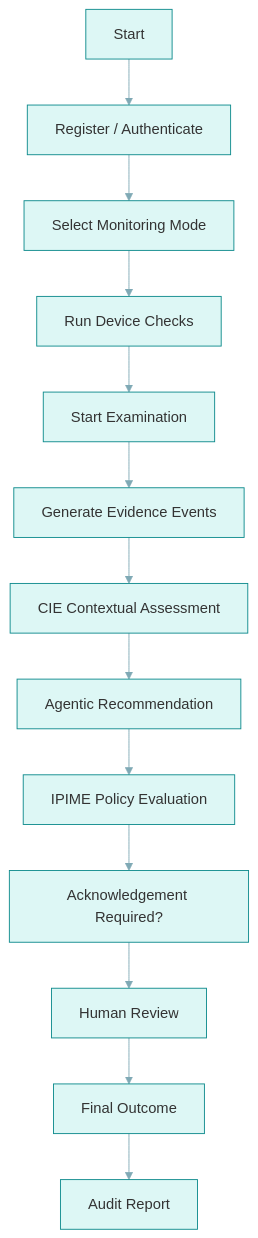
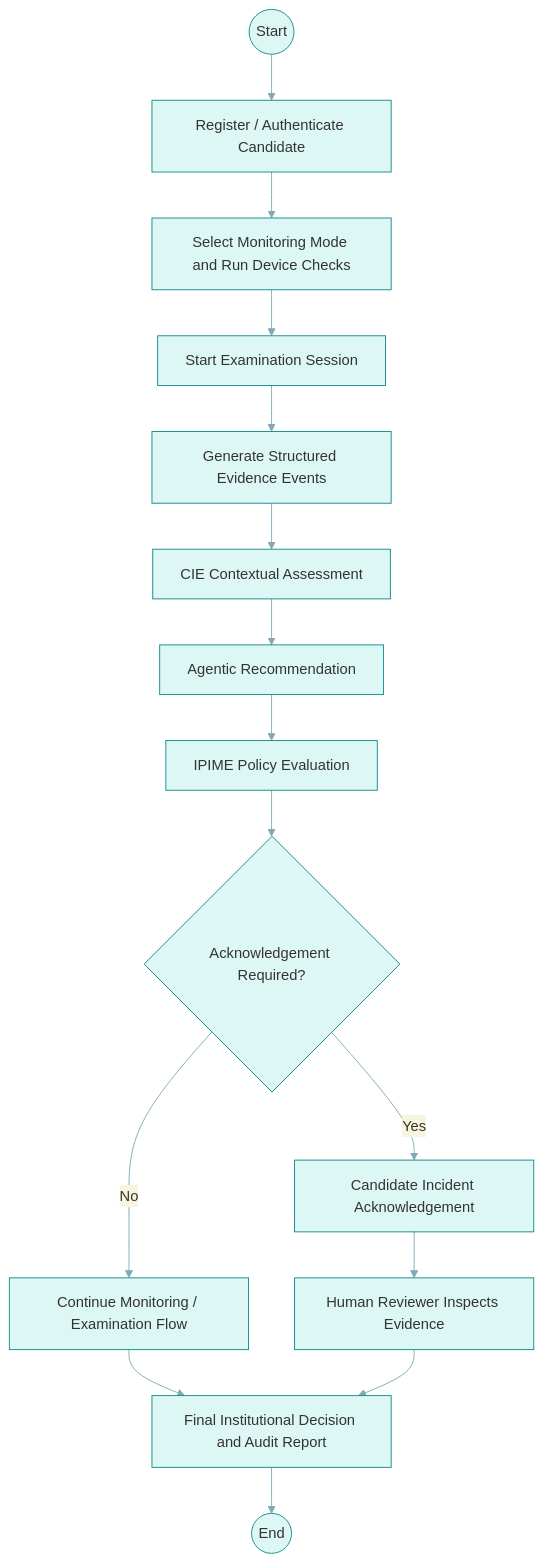
Before and after one commit to basil-emeokoro/SERPS: the diagram in docs/dissertation/chapter3/uml/Figure3_14_Activity_Diagram_of_SERPS.mmd, drawn with Mermaid. The commit also changed 141 other files, not shown here.

Commit message:
docs(ch3): remediate diagram visual quality

```diff
--- a/docs/dissertation/chapter3/uml/Figure3_14_Activity_Diagram_of_SERPS.mmd
+++ b/docs/dissertation/chapter3/uml/Figure3_14_Activity_Diagram_of_SERPS.mmd
@@ -1,27 +1,16 @@
 %%{init: {'theme': 'base', 'themeVariables': {'primaryColor': '#DDF7F5', 'primaryBorderColor': '#0F8B8D', 'lineColor': '#7FA9B5', 'fontFamily': 'Segoe UI, Arial'}}}%%
 flowchart TD
-  N0["Start"]
-  N1["Register / Authenticate"]
-  N0 --> N1
-  N2["Select Monitoring Mode"]
-  N1 --> N2
-  N3["Run Device Checks"]
-  N2 --> N3
-  N4["Start Examination"]
-  N3 --> N4
-  N5["Generate Evidence Events"]
-  N4 --> N5
-  N6["CIE Contextual Assessment"]
-  N5 --> N6
-  N7["Agentic Recommendation"]
-  N6 --> N7
-  N8["IPIME Policy Evaluation"]
-  N7 --> N8
-  N9["Acknowledgement Required?"]
-  N8 --> N9
-  N10["Human Review"]
-  N9 --> N10
-  N11["Final Outcome"]
-  N10 --> N11
-  N12["Audit Report"]
-  N11 --> N12
+  Start((Start)) --> Auth[Register / Authenticate Candidate]
+  Auth --> Device[Select Monitoring Mode and Run Device Checks]
+  Device --> Exam[Start Examination Session]
+  Exam --> Evidence[Generate Structured Evidence Events]
+  Evidence --> CIE[CIE Contextual Assessment]
+  CIE --> Agentic[Agentic Recommendation]
+  Agentic --> IPIME[IPIME Policy Evaluation]
+  IPIME --> Decision{Acknowledgement Required?}
+  Decision -- No --> Continue[Continue Monitoring / Examination Flow]
+  Decision -- Yes --> Ack[Candidate Incident Acknowledgement]
+  Ack --> Review[Human Reviewer Inspects Evidence]
+  Continue --> Final[Final Institutional Decision and Audit Report]
+  Review --> Final
+  Final --> End((End))
```
